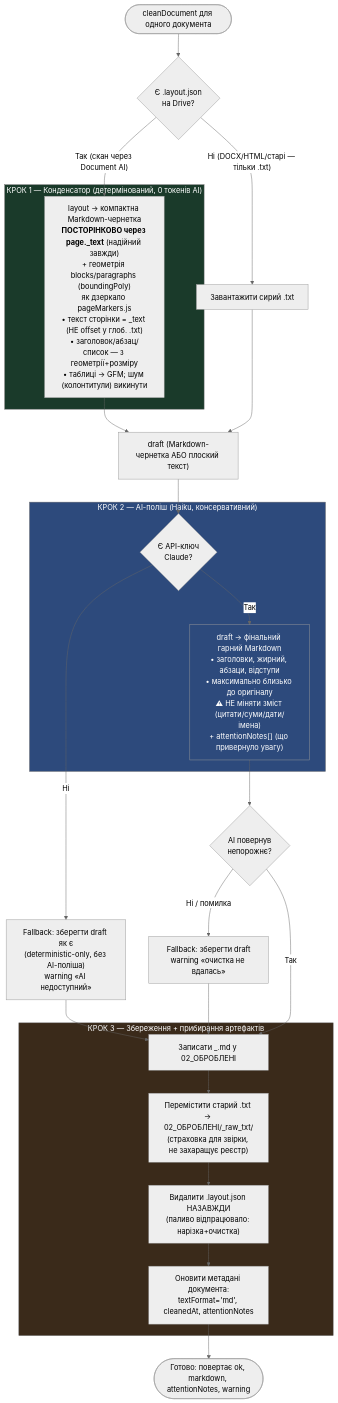
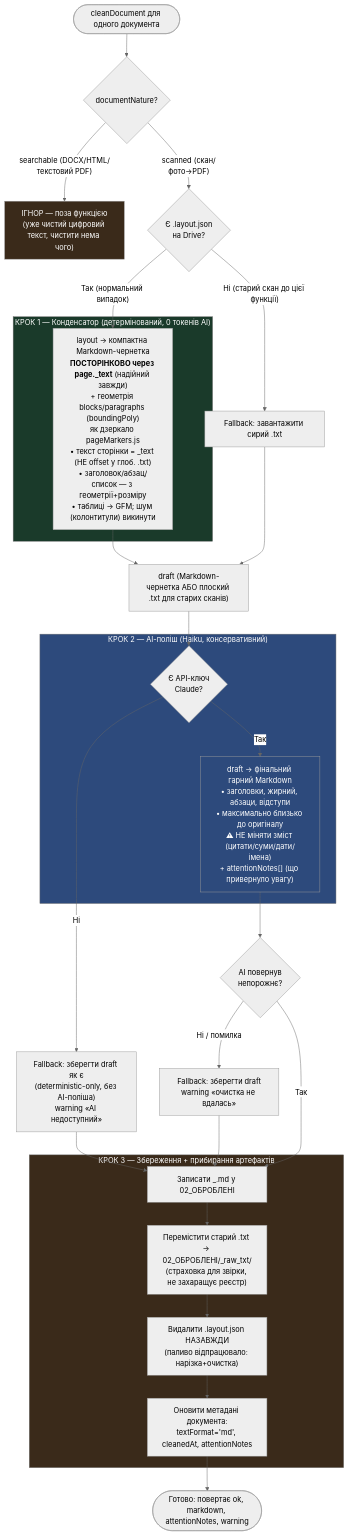
One commit to vadymlevyt/registry changed the second of 4 diagrams in docs/mermaid/flow_clean_text.md. Above: the diagram before and after it, drawn with Mermaid (neutral theme). The commit also changed other lines of this file, not shown here.

First line of the commit message:
docs(task3): mermaid — скоуп тільки scanned, searchable ігнорується

````diff
--- a/docs/mermaid/flow_clean_text.md
+++ b/docs/mermaid/flow_clean_text.md
@@ -55,42 +81,46 @@
 ```mermaid
 flowchart TD
-    Start(["cleanDocument для одного документа"]) --> LoadLayout{"Є .layout.json<br/>на Drive?"}
+    Start(["cleanDocument для одного документа"]) --> Scope{"documentNature?"}
 
-    LoadLayout -->|"Так (скан через Document AI)"| Step1
-    LoadLayout -->|"Ні (DOCX/HTML/старі — тільки .txt)"| LoadTxt["Завантажити сирий .txt"]
+    Scope -->|"searchable (DOCX/HTML/текстовий PDF)"| Ignore["ІГНОР — поза функцією<br/>(уже чистий цифровий текст, чистити нема чого)"]
+    Scope -->|"scanned (скан/фото→PDF)"| LoadLayout{"Є .layout.json<br/>на Drive?"}
+
+    LoadLayout -->|"Так (нормальний випадок)"| Step1
+    LoadLayout -->|"Ні (старий скан до цієї функції)"| LoadTxt["Fallback: завантажити сирий .txt"]
 
     subgraph KROK1["КРОК 1 — Конденсатор (детермінований, 0 токенів AI)"]
         Step1["layout → компактна Markdown-чернетка<br/><b>ПОСТОРІНКОВО через page._text</b> (надійний завжди)<br/>+ геометрія blocks/paragraphs (boundingPoly)<br/>як дзеркало pageMarkers.js<br/>• текст сторінки = _text (НЕ offset у глоб. .txt)<br/>• заголовок/абзац/список — з геометрії+розміру<br/>• таблиці → GFM; шум (колонтитули) викинути"]
     end
 
     LoadTxt --> Draft
-    Step1 --> Draft["draft (Markdown-чернетка АБО плоский текст)"]
+    Step1 --> Draft["draft (Markdown-чернетка АБО плоский .txt для старих сканів)"]
 
     Draft --> HasKey{"Є API-ключ<br/>Claude?"}
     HasKey -->|Ні| Fallback["Fallback: зберегти draft як є<br/>(deterministic-only, без AI-поліша)<br/>warning «AI недоступний»"]
 
     subgraph KROK2["КРОК 2 — AI-поліш (Haiku, консервативний)"]
         HasKey -->|Так| Step2["draft → фінальний гарний Markdown<br/>• заголовки, жирний, абзаци, відступи<br/>• максимально близько до оригіналу<br/>⚠ НЕ міняти зміст (цитати/суми/дати/імена)<br/>+ attentionNotes[] (що привернуло увагу)"]
     end
 
     Step2 --> AIok{"AI повернув<br/>непорожнє?"}
     AIok -->|Ні / помилка| FallbackDraft["Fallback: зберегти draft<br/>warning «очистка не вдалась»"]
     AIok -->|Так| Save
 
     Fallback --> Save
     FallbackDraft --> Save
 
     subgraph KROK3["КРОК 3 — Збереження + прибирання артефактів"]
         Save["Записати <basename>_<driveId>.md у 02_ОБРОБЛЕНІ"]
         Save --> MoveTxt["Перемістити старий .txt → 02_ОБРОБЛЕНІ/_raw_txt/<br/>(страховка для звірки, не захаращує реєстр)"]
         MoveTxt --> DelLayout["Видалити .layout.json НАЗАВЖДИ<br/>(паливо відпрацювало: нарізка+очистка)"]
         DelLayout --> Meta["Оновити метадані документа:<br/>textFormat='md', cleanedAt, attentionNotes"]
     end
 
     Meta --> Done(["Готово: повертає ok, markdown, attentionNotes, warning"])
 
+    style Ignore fill:#3a2a1a,color:#fff
     style KROK1 fill:#1a3a2a,color:#fff
     style KROK2 fill:#2d4a7c,color:#fff
     style KROK3 fill:#3a2a1a,color:#fff
     style Step2 fill:#2d4a7c,color:#fff
 ```
````
